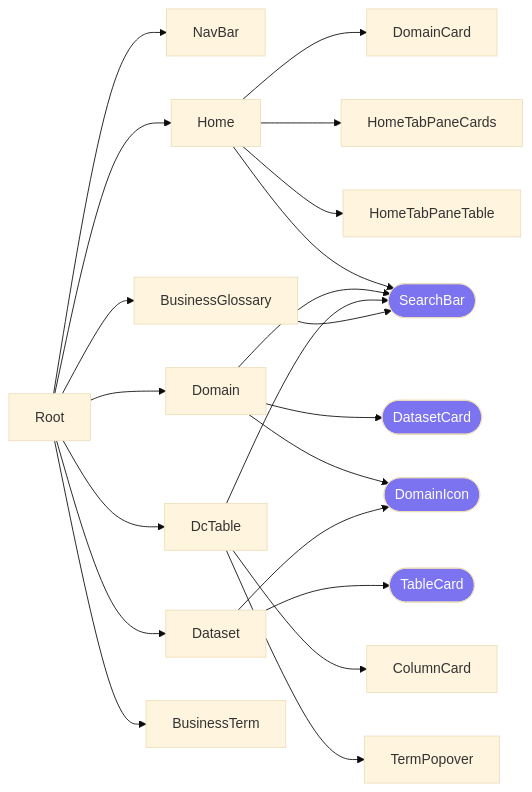
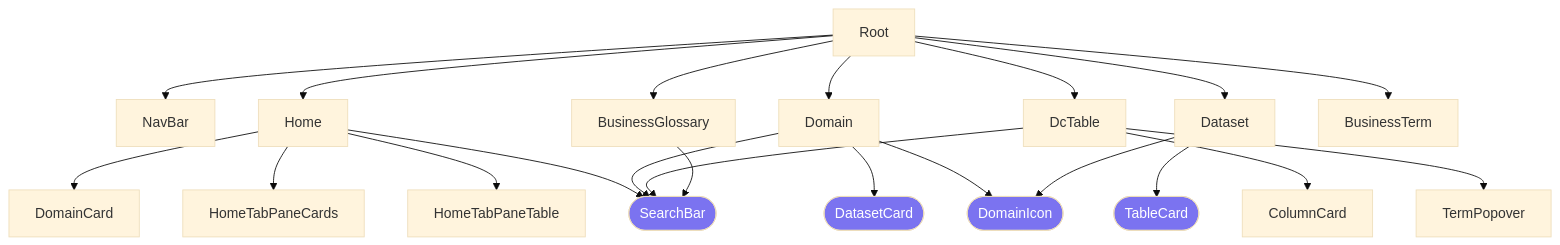
The second of 4 diagrams in dev-ts/README.md (chrischow/rdo-data-catalogue), drawn with Mermaid (base theme) before and after one commit. The commit also changed other lines of this file, not shown here.

````diff
--- a/dev-ts/README.md
+++ b/dev-ts/README.md
@@ -74,38 +74,38 @@
 ```mermaid
-graph LR
+graph TD
   %% Top level components
   Root --> NavBar
   Root --> Home
   Root --> Domain
   Root --> Dataset
   Root --> DcTable
   Root --> BusinessGlossary
   Root --> BusinessTerm
 
   %% Home
   Home --> DomainCard
   Home --> HomeTabPaneCards
   Home --> HomeTabPaneTable
   Home --> SB([SearchBar])
 
   %% Domain
   Domain --> SB
   Domain --> DC([DatasetCard])
   Domain --> DI([DomainIcon])
 
   %% Dataset
   Dataset --> DI
   Dataset --> TC([TableCard])
 
   %% DcTable
   DcTable --> SB
   DcTable --> ColumnCard
   DcTable --> TermPopover
 
   %% Business Glossary
   BusinessGlossary --> SB
 
 
   classDef shared fill:#7b73f0,color:white
   class SB,DC,DI,TC shared
 ```
````
